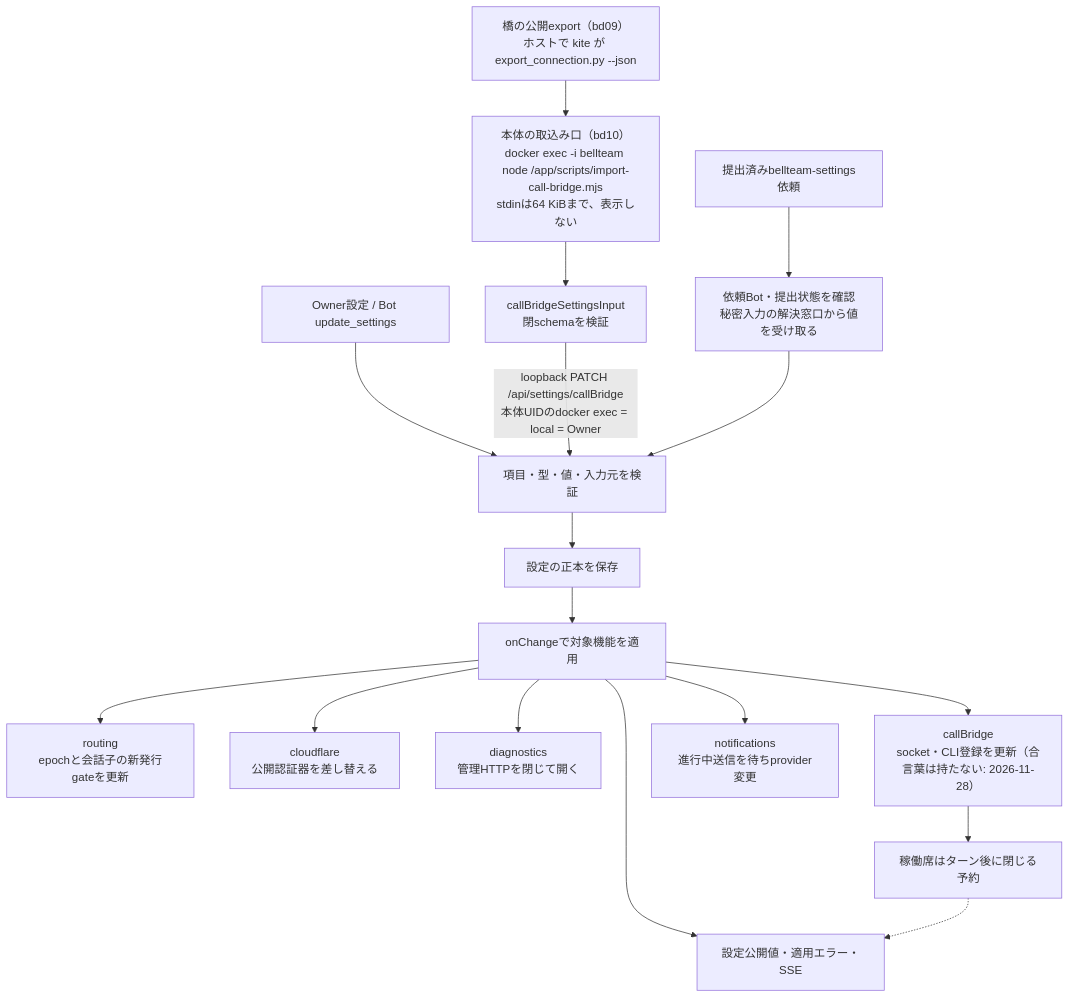
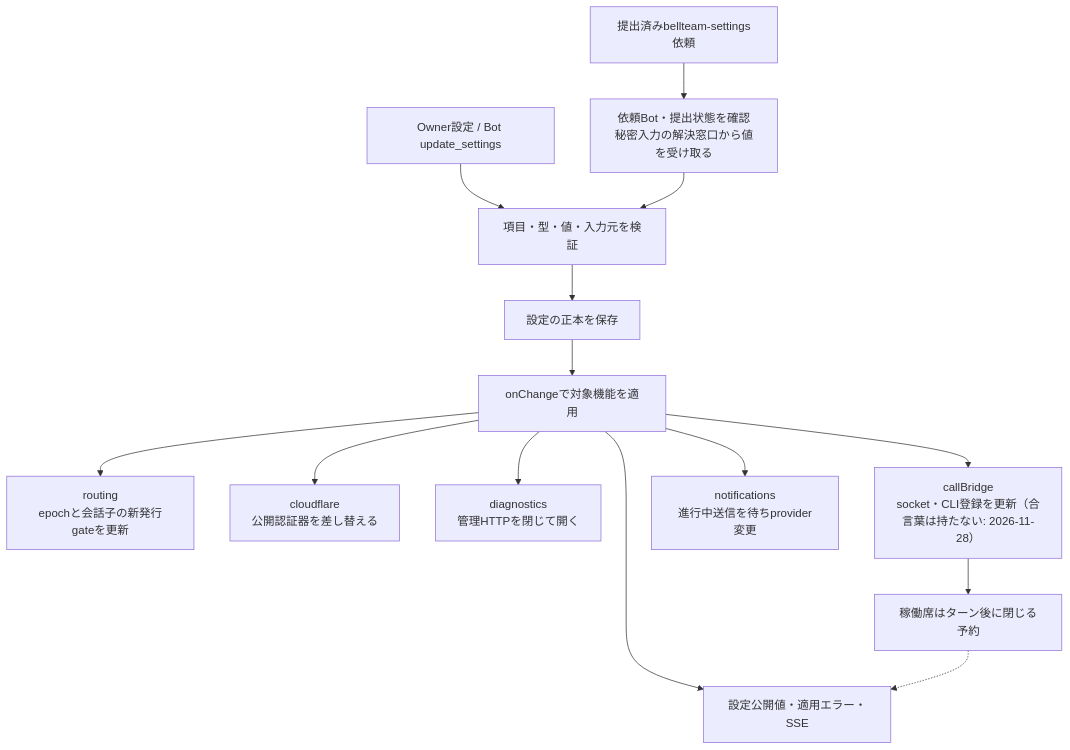
Before and after one commit to kitepon/BellTeam: the fourth of 8 diagrams in docs/architecture/modules/usage/flows.md, drawn with Mermaid. The commit also changed other lines of this file and 7 other files, not shown here.

First line of the commit message:
usage: remove the retired call-bridge connection import (file, test, port, diagrams) and the stale README bearer line

````diff
--- a/docs/architecture/modules/usage/flows.md
+++ b/docs/architecture/modules/usage/flows.md
@@ -118,20 +118,17 @@
 ```mermaid
 flowchart TD
   Input["Owner設定 / Bot update_settings"] --> Validate
-  Export["橋の公開export（bd09）<br/>ホストで kite が export_connection.py --json"] --> Entry["本体の取込み口（bd10）<br/>docker exec -i bellteam node /app/scripts/import-call-bridge.mjs<br/>stdinは64 KiBまで、表示しない"]
-  Entry --> Import["callBridgeSettingsInput<br/>閉schemaを検証"]
-  Import -->|"loopback PATCH /api/settings/callBridge<br/>本体UIDのdocker exec = local = Owner"| Validate
   Validate["項目・型・値・入力元を検証"]
   Secret["提出済みbellteam-settings依頼"] --> Read["依頼Bot・提出状態を確認<br/>秘密入力の解決窓口から値を受け取る"]
   Read --> Validate
   Validate --> Save["設定の正本を保存"]
   Save --> Apply["onChangeで対象機能を適用"]
   Apply --> Route["routing<br/>epochと会話子の新発行gateを更新"]
   Apply --> CF["cloudflare<br/>公開認証器を差し替える"]
   Apply --> Diag["diagnostics<br/>管理HTTPを閉じて開く"]
   Apply --> Call["callBridge<br/>socket・CLI登録を更新（合言葉は持たない: 2026-11-28）"]
   Apply --> Push["notifications<br/>進行中送信を待ちprovider変更"]
   Call --> Pending["稼働席はターン後に閉じる予約"]
   Apply --> View["設定公開値・適用エラー・SSE"]
   Pending -.-> View
 ```
````
